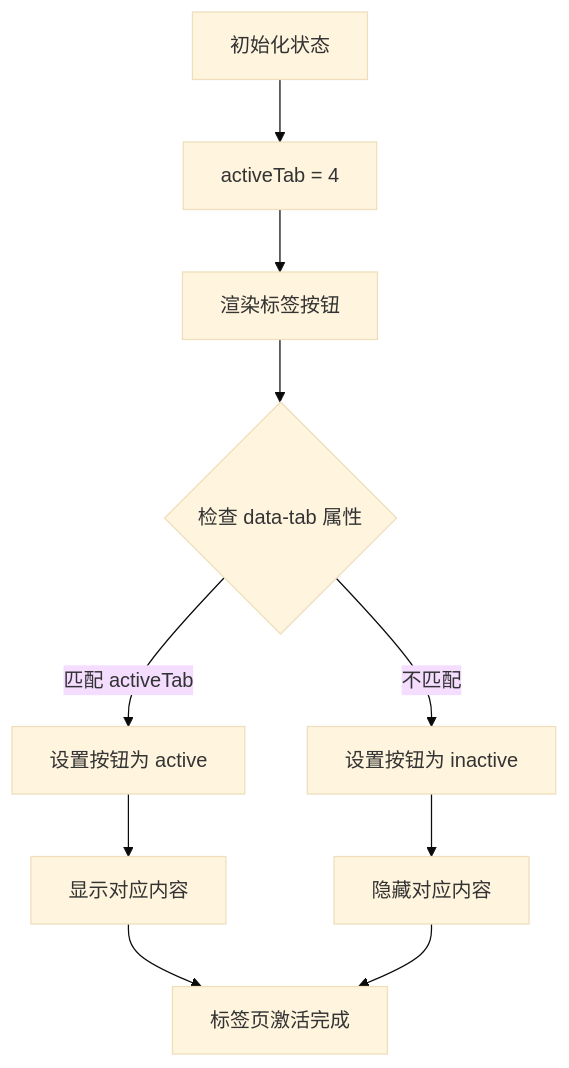
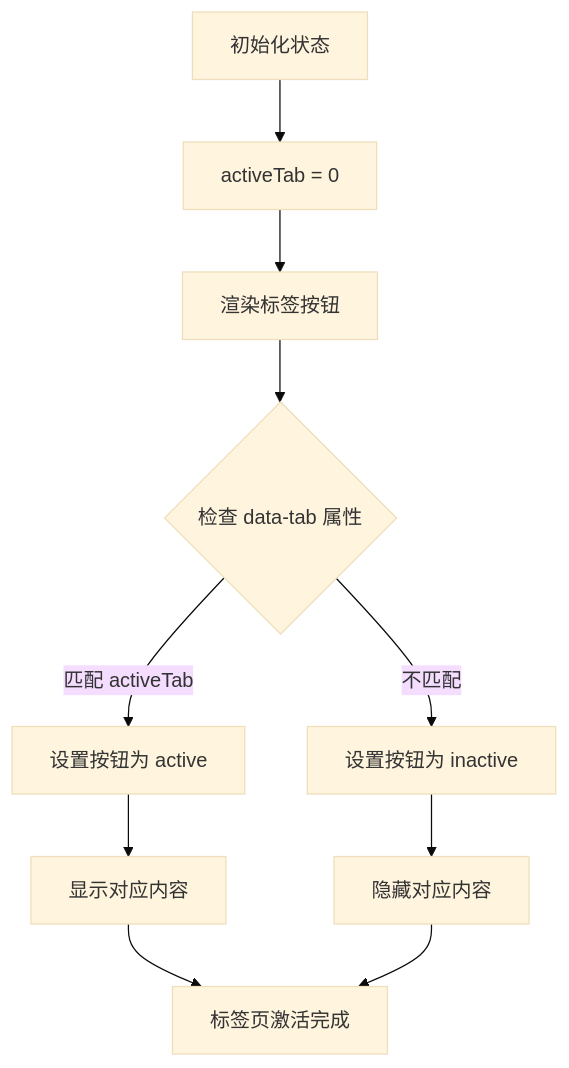
One commit to wsqstar/RoadGen3D changed diagram 13 of 19 in .qoder/repowiki/zh/content/Web界面系统/工作台界面/场景任务面板.md. Above: the diagram before and after it, drawn with Mermaid (base theme). The commit also changed other lines of this file and 13 other files, not shown here.

````diff
--- a/.qoder/repowiki/zh/content/Web界面系统/工作台界面/场景任务面板.md
+++ b/.qoder/repowiki/zh/content/Web界面系统/工作台界面/场景任务面板.md
@@ -533,12 +479,12 @@
 ```mermaid
 flowchart TD
-Init[初始化状态] --> ActiveTab[activeTab = 4]
+Init[初始化状态] --> ActiveTab[activeTab = 0]
 ActiveTab --> RenderTabs[渲染标签按钮]
 RenderTabs --> CheckTab{检查 data-tab 属性}
 CheckTab --> |匹配 activeTab | SetActive[设置按钮为 active]
 CheckTab --> |不匹配| SetInactive[设置按钮为 inactive]
 SetActive --> ShowContent[显示对应内容]
 SetInactive --> HideContent[隐藏对应内容]
 ShowContent --> End[标签页激活完成]
 HideContent --> End
 ```
````
